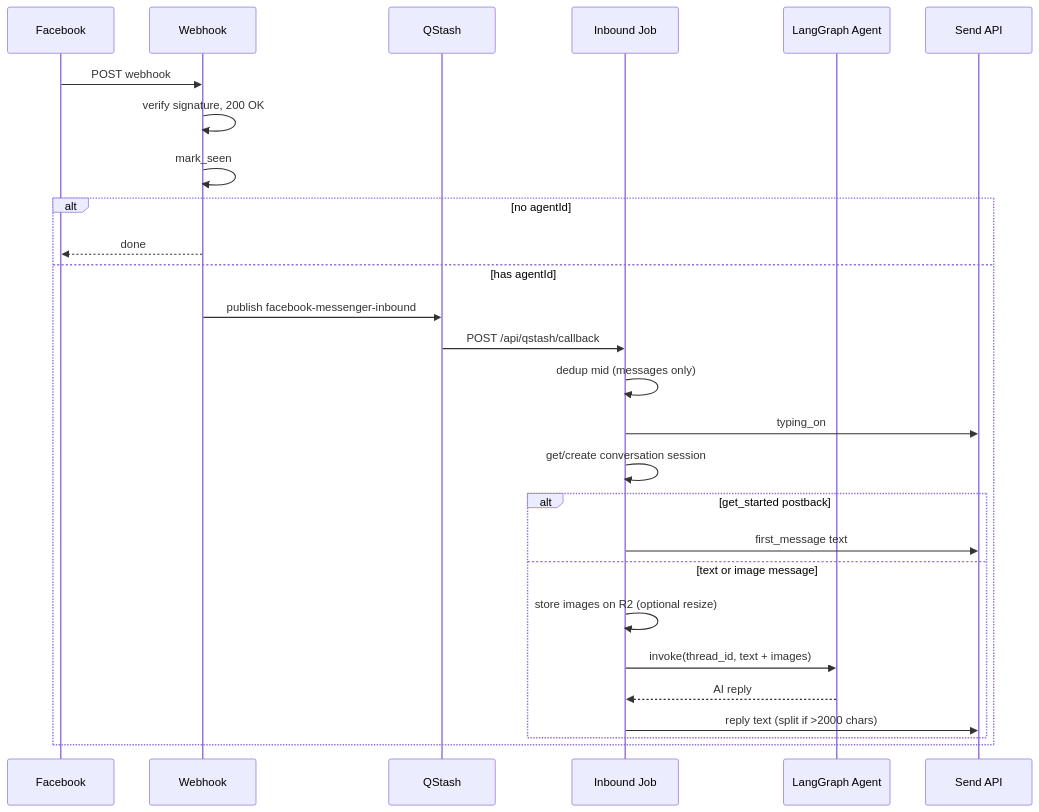
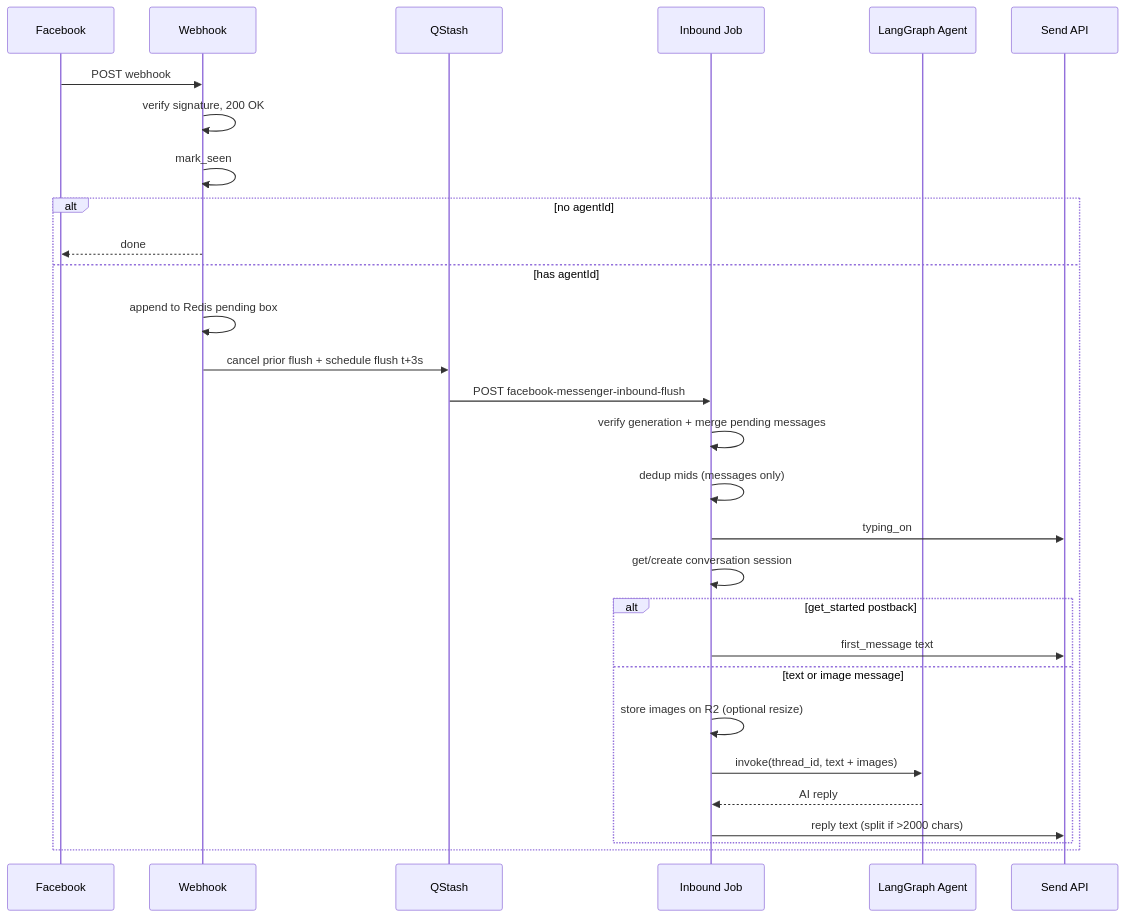
One commit to devezillcom/bnb-chat-agent changed the diagram in docs/features/facebook-agent-replies.md. Above: the diagram before and after it, drawn with Mermaid. The commit also changed other lines of this file and 15 other files, not shown here.

````diff
--- a/docs/features/facebook-agent-replies.md
+++ b/docs/features/facebook-agent-replies.md
@@ -112,30 +119,32 @@
 ```mermaid
 sequenceDiagram
     participant FB as Facebook
     participant WH as Webhook
     participant QS as QStash
     participant Job as Inbound Job
     participant LG as LangGraph Agent
     participant Send as Send API
 
     FB->>WH: POST webhook
     WH->>WH: verify signature, 200 OK
     WH->>WH: mark_seen
     alt no agentId
         WH-->>FB: done
     else has agentId
-        WH->>QS: publish facebook-messenger-inbound
-        QS->>Job: POST /api/qstash/callback
-        Job->>Job: dedup mid (messages only)
+        WH->>WH: append to Redis pending box
+        WH->>QS: cancel prior flush + schedule flush t+3s
+        QS->>Job: POST facebook-messenger-inbound-flush
+        Job->>Job: verify generation + merge pending messages
+        Job->>Job: dedup mids (messages only)
         Job->>Send: typing_on
         Job->>Job: get/create conversation session
         alt get_started postback
             Job->>Send: first_message text
         else text or image message
             Job->>Job: store images on R2 (optional resize)
             Job->>LG: invoke(thread_id, text + images)
             LG-->>Job: AI reply
             Job->>Send: reply text (split if >2000 chars)
         end
     end
 ```
````
